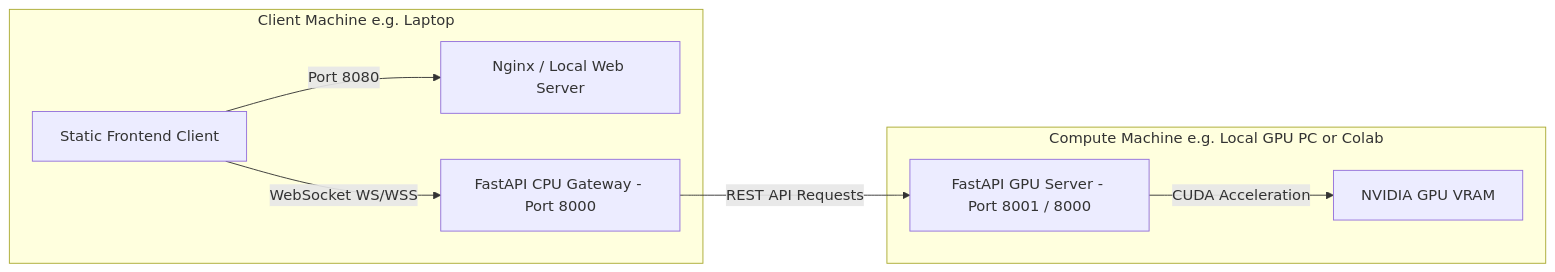
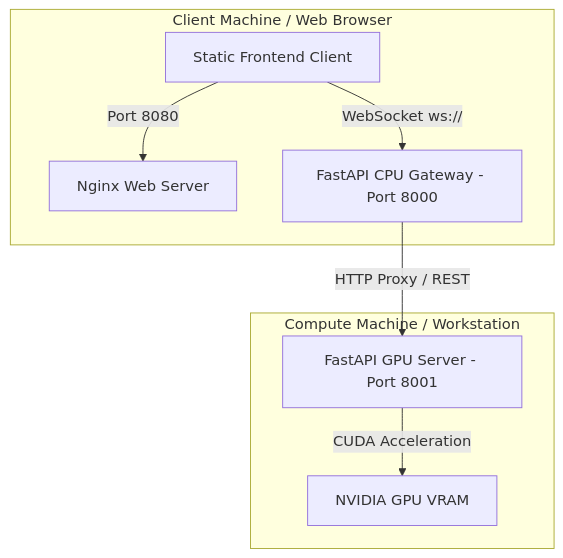
The second of 3 diagrams in README.md (anantj09/VR-TryOn-Studio), drawn with Mermaid before and after one commit. The commit also changed other lines of this file, not shown here.

````diff
--- a/README.md
+++ b/README.md
@@ -59,12 +104,12 @@
 ```mermaid
-graph LR
-    subgraph ClientPC [Client Machine e.g. Laptop]
-        Browser[Static Frontend Client] -->|Port 8080| WebServer[Nginx / Local Web Server]
-        Browser -->|WebSocket WS/WSS| CPUBackend[FastAPI CPU Gateway - Port 8000]
+graph TD
+    subgraph ClientPC [Client Machine / Web Browser]
+        Browser[Static Frontend Client] -->|Port 8080| WebServer[Nginx Web Server]
+        Browser -->|WebSocket ws://| CPUBackend[FastAPI CPU Gateway - Port 8000]
     end
 
-    subgraph ServerPC [Compute Machine e.g. Local GPU PC or Colab]
-        CPUBackend -->|REST API Requests| GPUServer[FastAPI GPU Server - Port 8001 / 8000]
+    subgraph ServerPC [Compute Machine / Workstation]
+        CPUBackend -->|HTTP Proxy / REST| GPUServer[FastAPI GPU Server - Port 8001]
         GPUServer -->|CUDA Acceleration| GPU[NVIDIA GPU VRAM]
     end
 ```
````
